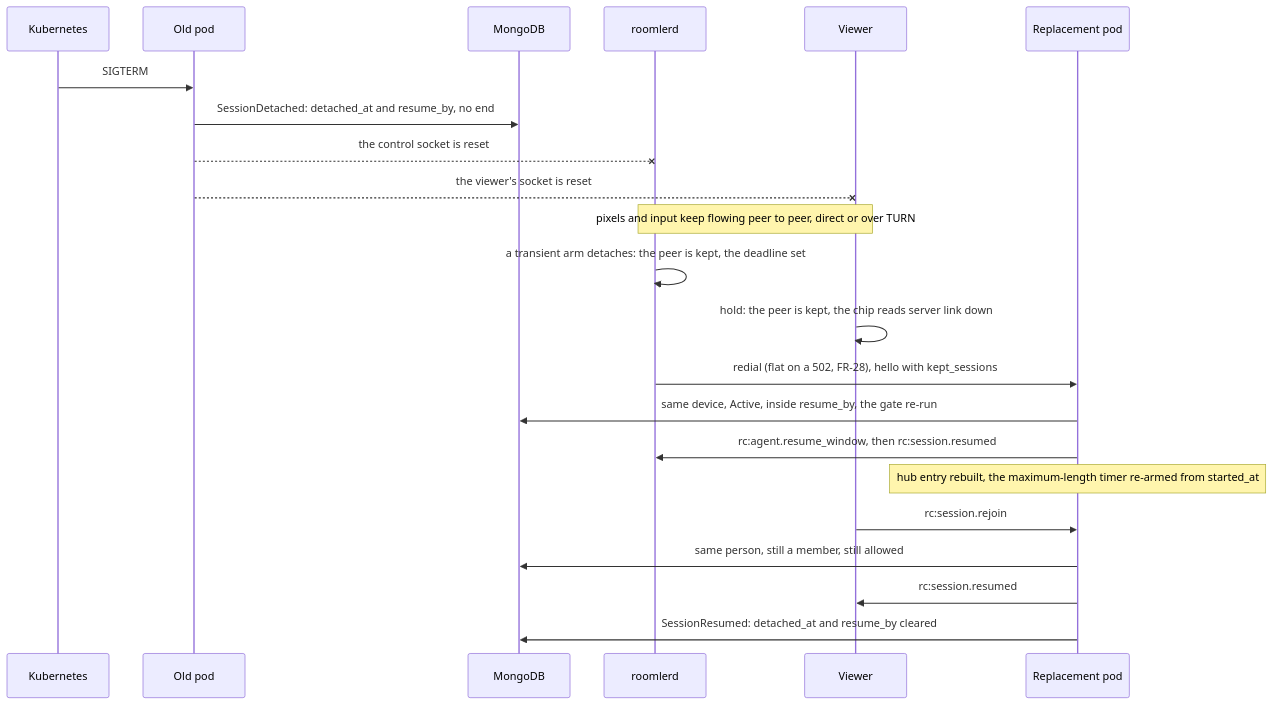
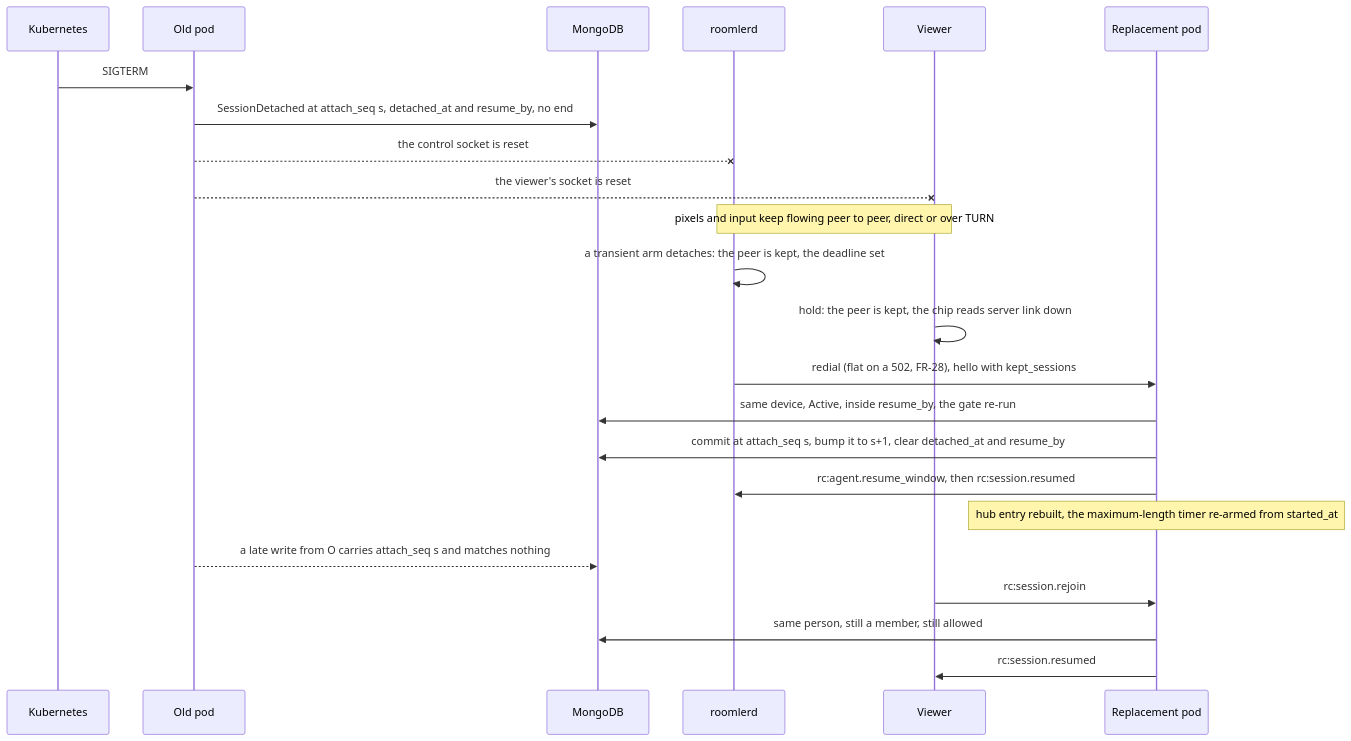
Before and after one commit to gjovanov/roomler-ai: the second of 3 diagrams in docs/fr/FR-138-the-session-outlives-its-control-socket.md, drawn with Mermaid. The commit also changed other lines of this file, not shown here.

First line of the commit message:
docs(fr-138): review round 1 - a held session never costs its viewer the slot, fencing, honest backfill, server-side staging

````diff
--- a/docs/fr/FR-138-the-session-outlives-its-control-socket.md
+++ b/docs/fr/FR-138-the-session-outlives-its-control-socket.md
@@ -361,24 +466,25 @@
 ```mermaid
 sequenceDiagram
     participant K as Kubernetes
     participant O as Old pod
     participant DB as MongoDB
     participant A as roomlerd
     participant V as Viewer
     participant N as Replacement pod
     K->>O: SIGTERM
-    O->>DB: SessionDetached: detached_at and resume_by, no end
+    O->>DB: SessionDetached at attach_seq s, detached_at and resume_by, no end
     O--xA: the control socket is reset
     O--xV: the viewer's socket is reset
     Note over A,V: pixels and input keep flowing peer to peer, direct or over TURN
     A->>A: a transient arm detaches: the peer is kept, the deadline set
     V->>V: hold: the peer is kept, the chip reads server link down
     A->>N: redial (flat on a 502, FR-28), hello with kept_sessions
     N->>DB: same device, Active, inside resume_by, the gate re-run
+    N->>DB: commit at attach_seq s, bump it to s+1, clear detached_at and resume_by
     N->>A: rc:agent.resume_window, then rc:session.resumed
     Note over N: hub entry rebuilt, the maximum-length timer re-armed from started_at
+    O-->>DB: a late write from O carries attach_seq s and matches nothing
     V->>N: rc:session.rejoin
     N->>DB: same person, still a member, still allowed
     N->>V: rc:session.resumed
-    N->>DB: SessionResumed: detached_at and resume_by cleared
 ```
````
